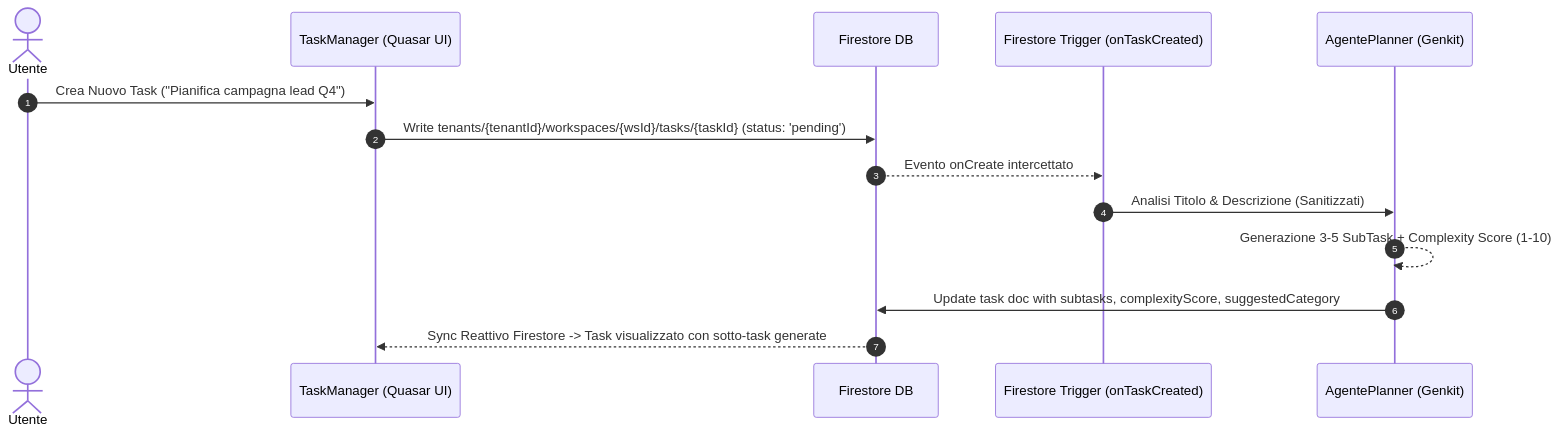
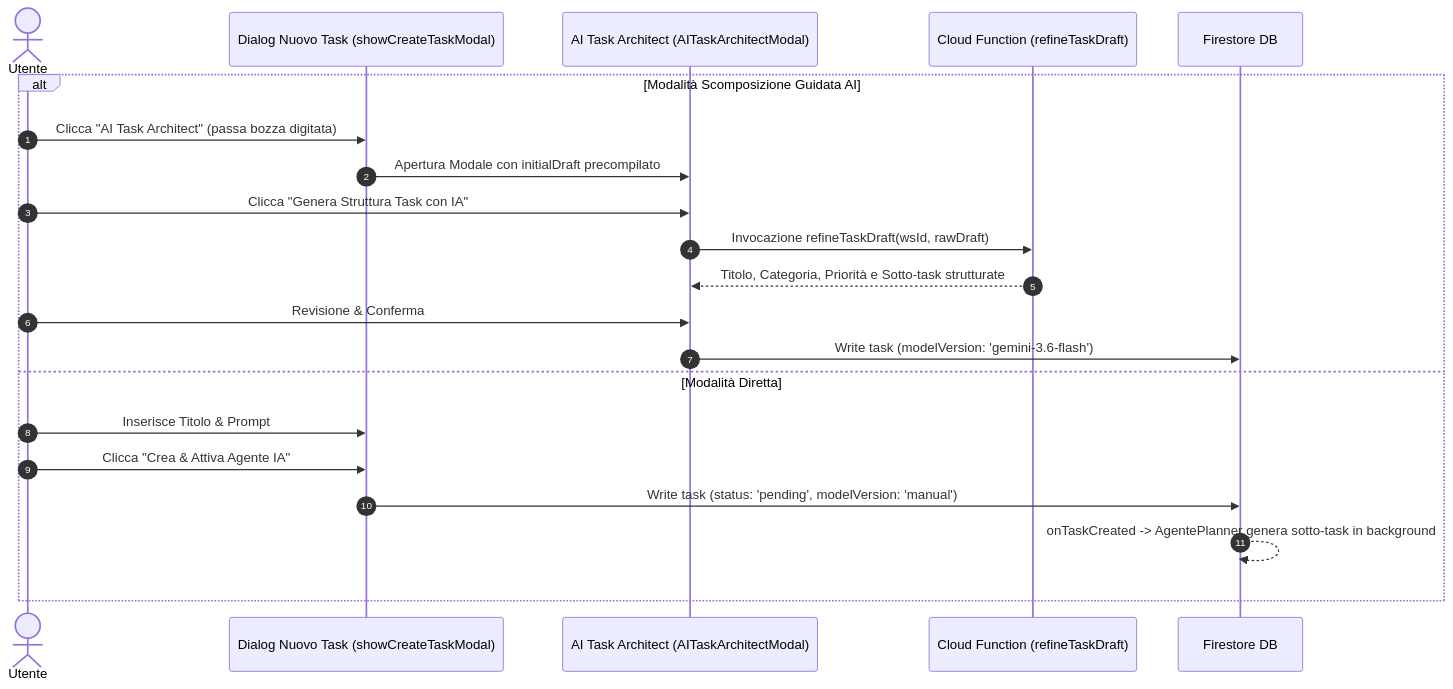
Before and after one commit to vas-chif/opsFlow: the third of 5 diagrams in .logicFlow/03_task_execution_and_ui_flow.md, drawn with Mermaid. The commit also changed other lines of this file and 14 other files, not shown here.

````diff
--- a/.logicFlow/03_task_execution_and_ui_flow.md
+++ b/.logicFlow/03_task_execution_and_ui_flow.md
@@ -33,17 +51,24 @@
 ```mermaid
 sequenceDiagram
     autonumber
     actor Utente
-    participant UI as TaskManager (Quasar UI)
+    participant UI as Dialog Nuovo Task (showCreateTaskModal)
+    participant Arch as AI Task Architect (AITaskArchitectModal)
+    participant CF as Cloud Function (refineTaskDraft)
     participant FS as Firestore DB
-    participant Trigger as Firestore Trigger (onTaskCreated)
-    participant AI as AgentePlanner (Genkit)
 
-    Utente->>UI: Crea Nuovo Task ("Pianifica campagna lead Q4")
-    UI->>FS: Write tenants/{tenantId}/workspaces/{wsId}/tasks/{taskId} (status: 'pending')
-    FS-->>Trigger: Evento onCreate intercettato
-    Trigger->>AI: Analisi Titolo & Descrizione (Sanitizzati)
-    AI-->>AI: Generazione 3-5 SubTask + Complexity Score (1-10)
-    AI->>FS: Update task doc with subtasks, complexityScore, suggestedCategory
-    FS-->>UI: Sync Reattivo Firestore -> Task visualizzato con sotto-task generate
+    alt Modalità Scomposizione Guidata AI
+        Utente->>UI: Clicca "AI Task Architect" (passa bozza digitata)
+        UI->>Arch: Apertura Modale con initialDraft precompilato
+        Utente->>Arch: Clicca "Genera Struttura Task con IA"
+        Arch->>CF: Invocazione refineTaskDraft(wsId, rawDraft)
+        CF-->>Arch: Titolo, Categoria, Priorità e Sotto-task strutturate
+        Utente->>Arch: Revisione & Conferma
+        Arch->>FS: Write task (modelVersion: 'gemini-3.6-flash')
+    else Modalità Diretta
+        Utente->>UI: Inserisce Titolo & Prompt
+        Utente->>UI: Clicca "Crea & Attiva Agente IA"
+        UI->>FS: Write task (status: 'pending', modelVersion: 'manual')
+        FS-->>FS: onTaskCreated -> AgentePlanner genera sotto-task in background
+    end
 ```
````
